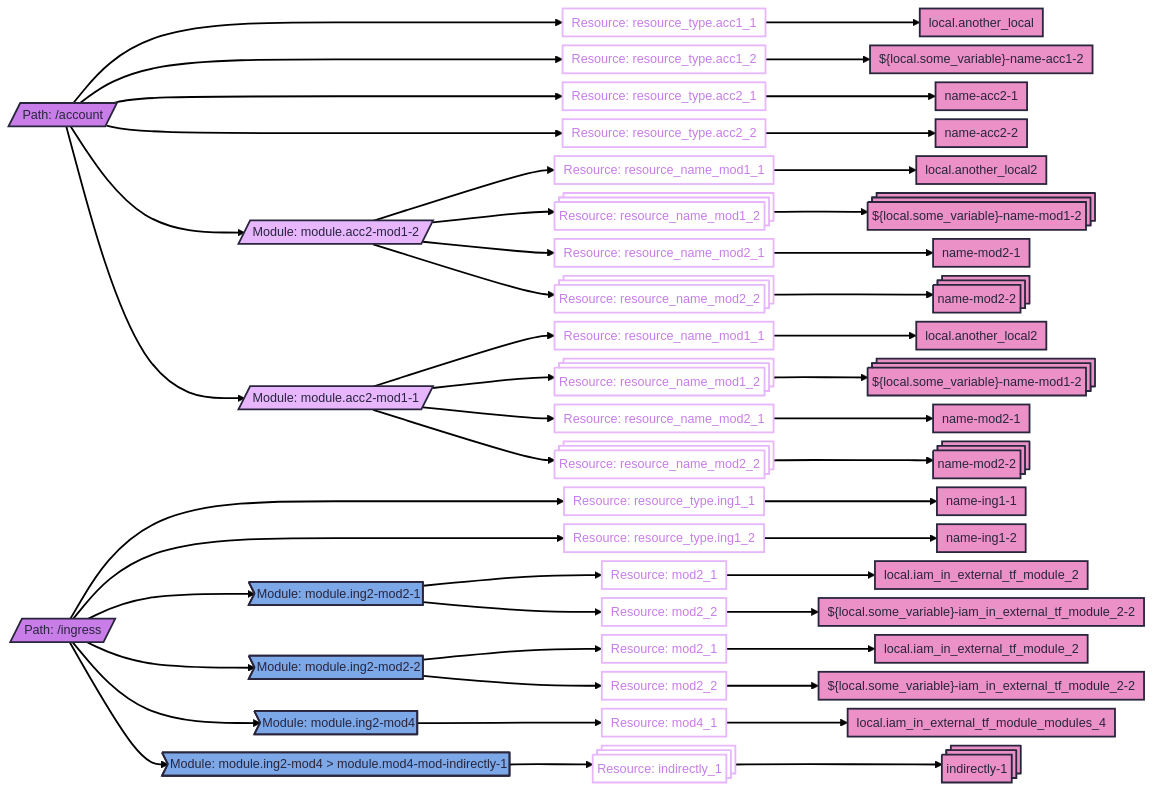
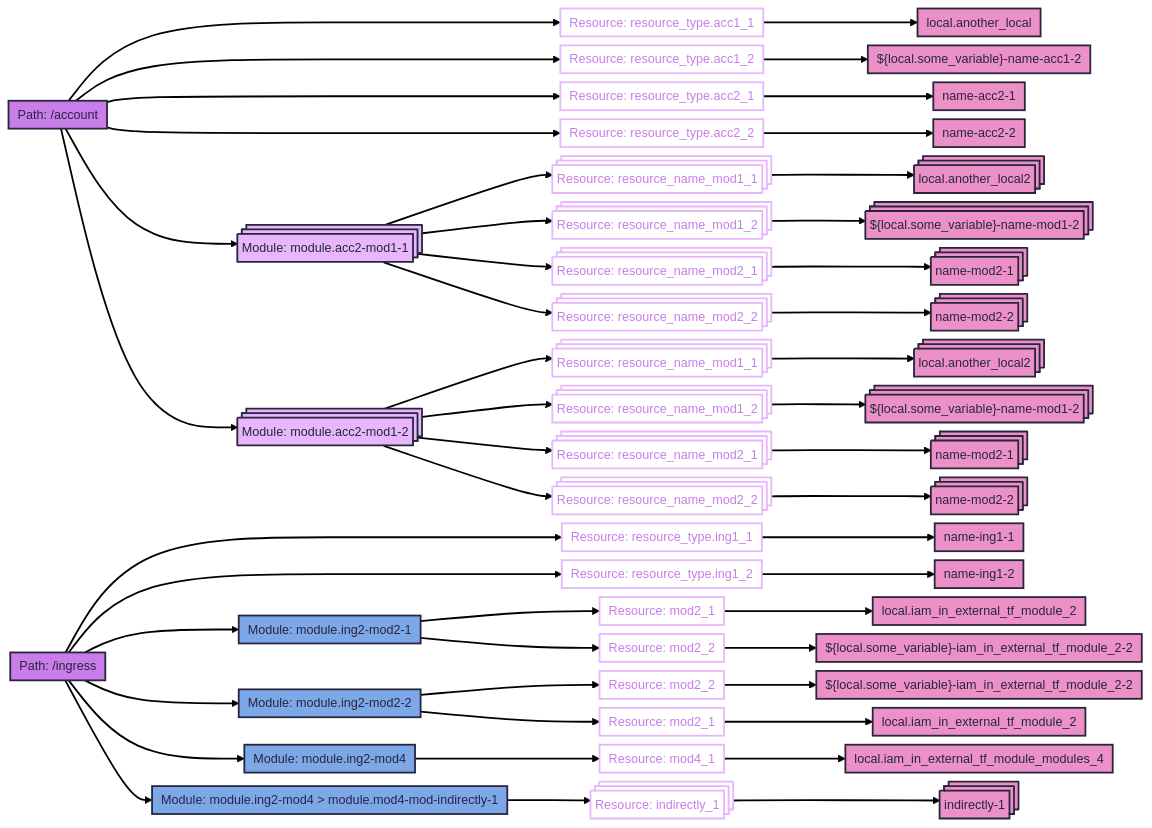
Before and after one commit to keenbytes/tfsketch: the diagram in output.mmd, drawn with Mermaid. The commit also changed 4 other files, not shown here.

```diff
--- a/output.mmd
+++ b/output.mmd
@@ -13,29 +13,29 @@
   classDef tf-int-mod fill:#e7b6fc
   classDef tf-ext-mod fill:#7da8e8
   classDef tf-resource-field-name fill:#eb91c7
-  account[/"Path: /account"/]:::tf-path ---> account___acc11["Resource: resource_type.acc1_1"]:::tf-resource-name --> account___acc11___FieldName["local.another_local"]:::tf-resource-field-name
-  account[/"Path: /account"/]:::tf-path ---> account___acc12["Resource: resource_type.acc1_2"]:::tf-resource-name --> account___acc12___FieldName["${local.some_variable}-name-acc1-2"]:::tf-resource-field-name
-  account[/"Path: /account"/]:::tf-path ---> account___acc21["Resource: resource_type.acc2_1"]:::tf-resource-name --> account___acc21___FieldName["name-acc2-1"]:::tf-resource-field-name
-  account[/"Path: /account"/]:::tf-path ---> account___acc22["Resource: resource_type.acc2_2"]:::tf-resource-name --> account___acc22___FieldName["name-acc2-2"]:::tf-resource-field-name
-  account[/"Path: /account"/]:::tf-path --> account___mod___accountmodulesmodule1___acc2mod12[/"Module: module.acc2-mod1-2"/]:::tf-int-mod
-  account___mod___accountmodulesmodule1___acc2mod12[/"Module: module.acc2-mod1-2"/]:::tf-int-mod --> account___mod___accountmodulesmodule1___acc2mod12___resourcenamemod11["Resource: resource_name_mod1_1"]:::tf-resource-name --> account___mod___accountmodulesmodule1___acc2mod12___resourcenamemod11___FieldName["local.another_local2"]:::tf-resource-field-name
-  account___mod___accountmodulesmodule1___acc2mod12[/"Module: module.acc2-mod1-2"/]:::tf-int-mod --> account___mod___accountmodulesmodule1___acc2mod12___resourcenamemod12["Resource: resource_name_mod1_2"]:::tf-resource-name@{ shape: procs } --> account___mod___accountmodulesmodule1___acc2mod12___resourcenamemod12___FieldName["${local.some_variable}-name-mod1-2"]:::tf-resource-field-name@{ shape: procs }
-  account___mod___accountmodulesmodule1___acc2mod12[/"Module: module.acc2-mod1-2"/]:::tf-int-mod --> account___mod___accountmodulesmodule1___acc2mod12___resourcenamemod21["Resource: resource_name_mod2_1"]:::tf-resource-name --> account___mod___accountmodulesmodule1___acc2mod12___resourcenamemod21___FieldName["name-mod2-1"]:::tf-resource-field-name
-  account___mod___accountmodulesmodule1___acc2mod12[/"Module: module.acc2-mod1-2"/]:::tf-int-mod --> account___mod___accountmodulesmodule1___acc2mod12___resourcenamemod22["Resource: resource_name_mod2_2"]:::tf-resource-name@{ shape: procs } --> account___mod___accountmodulesmodule1___acc2mod12___resourcenamemod22___FieldName["name-mod2-2"]:::tf-resource-field-name@{ shape: procs }
-  account[/"Path: /account"/]:::tf-path --> account___mod___accountmodulesmodule1___acc2mod11[/"Module: module.acc2-mod1-1"/]:::tf-int-mod
-  account___mod___accountmodulesmodule1___acc2mod11[/"Module: module.acc2-mod1-1"/]:::tf-int-mod --> account___mod___accountmodulesmodule1___acc2mod11___resourcenamemod11["Resource: resource_name_mod1_1"]:::tf-resource-name --> account___mod___accountmodulesmodule1___acc2mod11___resourcenamemod11___FieldName["local.another_local2"]:::tf-resource-field-name
-  account___mod___accountmodulesmodule1___acc2mod11[/"Module: module.acc2-mod1-1"/]:::tf-int-mod --> account___mod___accountmodulesmodule1___acc2mod11___resourcenamemod12["Resource: resource_name_mod1_2"]:::tf-resource-name@{ shape: procs } --> account___mod___accountmodulesmodule1___acc2mod11___resourcenamemod12___FieldName["${local.some_variable}-name-mod1-2"]:::tf-resource-field-name@{ shape: procs }
-  account___mod___accountmodulesmodule1___acc2mod11[/"Module: module.acc2-mod1-1"/]:::tf-int-mod --> account___mod___accountmodulesmodule1___acc2mod11___resourcenamemod21["Resource: resource_name_mod2_1"]:::tf-resource-name --> account___mod___accountmodulesmodule1___acc2mod11___resourcenamemod21___FieldName["name-mod2-1"]:::tf-resource-field-name
-  account___mod___accountmodulesmodule1___acc2mod11[/"Module: module.acc2-mod1-1"/]:::tf-int-mod --> account___mod___accountmodulesmodule1___acc2mod11___resourcenamemod22["Resource: resource_name_mod2_2"]:::tf-resource-name@{ shape: procs } --> account___mod___accountmodulesmodule1___acc2mod11___resourcenamemod22___FieldName["name-mod2-2"]:::tf-resource-field-name@{ shape: procs }
-  ingress[/"Path: /ingress"/]:::tf-path ---> ingress___ing11["Resource: resource_type.ing1_1"]:::tf-resource-name --> ingress___ing11___FieldName["name-ing1-1"]:::tf-resource-field-name
-  ingress[/"Path: /ingress"/]:::tf-path ---> ingress___ing12["Resource: resource_type.ing1_2"]:::tf-resource-name --> ingress___ing12___FieldName["name-ing1-2"]:::tf-resource-field-name
-  ingress[/"Path: /ingress"/]:::tf-path --> ingress___mod___root___ing2mod21>"Module: module.ing2-mod2-1"]:::tf-ext-mod
-  ingress___mod___root___ing2mod21>"Module: module.ing2-mod2-1"]:::tf-ext-mod --> ingress___mod___root___ing2mod21___mod21["Resource: mod2_1"]:::tf-resource-name --> ingress___mod___root___ing2mod21___mod21___FieldName["local.iam_in_external_tf_module_2"]:::tf-resource-field-name
-  ingress___mod___root___ing2mod21>"Module: module.ing2-mod2-1"]:::tf-ext-mod --> ingress___mod___root___ing2mod21___mod22["Resource: mod2_2"]:::tf-resource-name --> ingress___mod___root___ing2mod21___mod22___FieldName["${local.some_variable}-iam_in_external_tf_module_2-2"]:::tf-resource-field-name
-  ingress[/"Path: /ingress"/]:::tf-path --> ingress___mod___root___ing2mod22>"Module: module.ing2-mod2-2"]:::tf-ext-mod
-  ingress___mod___root___ing2mod22>"Module: module.ing2-mod2-2"]:::tf-ext-mod --> ingress___mod___root___ing2mod22___mod21["Resource: mod2_1"]:::tf-resource-name --> ingress___mod___root___ing2mod22___mod21___FieldName["local.iam_in_external_tf_module_2"]:::tf-resource-field-name
-  ingress___mod___root___ing2mod22>"Module: module.ing2-mod2-2"]:::tf-ext-mod --> ingress___mod___root___ing2mod22___mod22["Resource: mod2_2"]:::tf-resource-name --> ingress___mod___root___ing2mod22___mod22___FieldName["${local.some_variable}-iam_in_external_tf_module_2-2"]:::tf-resource-field-name
-  ingress[/"Path: /ingress"/]:::tf-path --> ingress___mod___root___ing2mod4>"Module: module.ing2-mod4"]:::tf-ext-mod
-  ingress___mod___root___ing2mod4>"Module: module.ing2-mod4"]:::tf-ext-mod --> ingress___mod___root___ing2mod4___mod41["Resource: mod4_1"]:::tf-resource-name --> ingress___mod___root___ing2mod4___mod41___FieldName["local.iam_in_external_tf_module_modules_4"]:::tf-resource-field-name
-  ingress[/"Path: /ingress"/]:::tf-path --> ingress___mod___root___ing2mod4___mod4modindirectly1>"Module: module.ing2-mod4 > module.mod4-mod-indirectly-1"]:::tf-ext-mod
-  ingress___mod___root___ing2mod4___mod4modindirectly1>"Module: module.ing2-mod4 > module.mod4-mod-indirectly-1"]:::tf-ext-mod --> ingress___mod___root___ing2mod4___mod4modindirectly1___indirectly1["Resource: indirectly_1"]:::tf-resource-name@{ shape: procs } --> ingress___mod___root___ing2mod4___mod4modindirectly1___indirectly1___FieldName["indirectly-1"]:::tf-resource-field-name@{ shape: procs }
+  account["Path: /account"]:::tf-path ---> account___acc11["Resource: resource_type.acc1_1"]:::tf-resource-name --> account___acc11___FieldName["local.another_local"]:::tf-resource-field-name
+  account["Path: /account"]:::tf-path ---> account___acc12["Resource: resource_type.acc1_2"]:::tf-resource-name --> account___acc12___FieldName["${local.some_variable}-name-acc1-2"]:::tf-resource-field-name
+  account["Path: /account"]:::tf-path ---> account___acc21["Resource: resource_type.acc2_1"]:::tf-resource-name --> account___acc21___FieldName["name-acc2-1"]:::tf-resource-field-name
+  account["Path: /account"]:::tf-path ---> account___acc22["Resource: resource_type.acc2_2"]:::tf-resource-name --> account___acc22___FieldName["name-acc2-2"]:::tf-resource-field-name
+  account["Path: /account"]:::tf-path --> account___mod___accountmodulesmodule1___acc2mod11["Module: module.acc2-mod1-1"]:::tf-int-mod@{ shape: procs }
+  account___mod___accountmodulesmodule1___acc2mod11["Module: module.acc2-mod1-1"]:::tf-int-mod@{ shape: procs } --> account___mod___accountmodulesmodule1___acc2mod11___resourcenamemod11["Resource: resource_name_mod1_1"]:::tf-resource-name@{ shape: procs } --> account___mod___accountmodulesmodule1___acc2mod11___resourcenamemod11___FieldName["local.another_local2"]:::tf-resource-field-name@{ shape: procs }
+  account___mod___accountmodulesmodule1___acc2mod11["Module: module.acc2-mod1-1"]:::tf-int-mod@{ shape: procs } --> account___mod___accountmodulesmodule1___acc2mod11___resourcenamemod12["Resource: resource_name_mod1_2"]:::tf-resource-name@{ shape: procs } --> account___mod___accountmodulesmodule1___acc2mod11___resourcenamemod12___FieldName["${local.some_variable}-name-mod1-2"]:::tf-resource-field-name@{ shape: procs }
+  account___mod___accountmodulesmodule1___acc2mod11["Module: module.acc2-mod1-1"]:::tf-int-mod@{ shape: procs } --> account___mod___accountmodulesmodule1___acc2mod11___resourcenamemod21["Resource: resource_name_mod2_1"]:::tf-resource-name@{ shape: procs } --> account___mod___accountmodulesmodule1___acc2mod11___resourcenamemod21___FieldName["name-mod2-1"]:::tf-resource-field-name@{ shape: procs }
+  account___mod___accountmodulesmodule1___acc2mod11["Module: module.acc2-mod1-1"]:::tf-int-mod@{ shape: procs } --> account___mod___accountmodulesmodule1___acc2mod11___resourcenamemod22["Resource: resource_name_mod2_2"]:::tf-resource-name@{ shape: procs } --> account___mod___accountmodulesmodule1___acc2mod11___resourcenamemod22___FieldName["name-mod2-2"]:::tf-resource-field-name@{ shape: procs }
+  account["Path: /account"]:::tf-path --> account___mod___accountmodulesmodule1___acc2mod12["Module: module.acc2-mod1-2"]:::tf-int-mod@{ shape: procs }
+  account___mod___accountmodulesmodule1___acc2mod12["Module: module.acc2-mod1-2"]:::tf-int-mod@{ shape: procs } --> account___mod___accountmodulesmodule1___acc2mod12___resourcenamemod11["Resource: resource_name_mod1_1"]:::tf-resource-name@{ shape: procs } --> account___mod___accountmodulesmodule1___acc2mod12___resourcenamemod11___FieldName["local.another_local2"]:::tf-resource-field-name@{ shape: procs }
+  account___mod___accountmodulesmodule1___acc2mod12["Module: module.acc2-mod1-2"]:::tf-int-mod@{ shape: procs } --> account___mod___accountmodulesmodule1___acc2mod12___resourcenamemod12["Resource: resource_name_mod1_2"]:::tf-resource-name@{ shape: procs } --> account___mod___accountmodulesmodule1___acc2mod12___resourcenamemod12___FieldName["${local.some_variable}-name-mod1-2"]:::tf-resource-field-name@{ shape: procs }
+  account___mod___accountmodulesmodule1___acc2mod12["Module: module.acc2-mod1-2"]:::tf-int-mod@{ shape: procs } --> account___mod___accountmodulesmodule1___acc2mod12___resourcenamemod21["Resource: resource_name_mod2_1"]:::tf-resource-name@{ shape: procs } --> account___mod___accountmodulesmodule1___acc2mod12___resourcenamemod21___FieldName["name-mod2-1"]:::tf-resource-field-name@{ shape: procs }
+  account___mod___accountmodulesmodule1___acc2mod12["Module: module.acc2-mod1-2"]:::tf-int-mod@{ shape: procs } --> account___mod___accountmodulesmodule1___acc2mod12___resourcenamemod22["Resource: resource_name_mod2_2"]:::tf-resource-name@{ shape: procs } --> account___mod___accountmodulesmodule1___acc2mod12___resourcenamemod22___FieldName["name-mod2-2"]:::tf-resource-field-name@{ shape: procs }
+  ingress["Path: /ingress"]:::tf-path ---> ingress___ing11["Resource: resource_type.ing1_1"]:::tf-resource-name --> ingress___ing11___FieldName["name-ing1-1"]:::tf-resource-field-name
+  ingress["Path: /ingress"]:::tf-path ---> ingress___ing12["Resource: resource_type.ing1_2"]:::tf-resource-name --> ingress___ing12___FieldName["name-ing1-2"]:::tf-resource-field-name
+  ingress["Path: /ingress"]:::tf-path --> ingress___mod___root___ing2mod21["Module: module.ing2-mod2-1"]:::tf-ext-mod
+  ingress___mod___root___ing2mod21["Module: module.ing2-mod2-1"]:::tf-ext-mod --> ingress___mod___root___ing2mod21___mod21["Resource: mod2_1"]:::tf-resource-name --> ingress___mod___root___ing2mod21___mod21___FieldName["local.iam_in_external_tf_module_2"]:::tf-resource-field-name
+  ingress___mod___root___ing2mod21["Module: module.ing2-mod2-1"]:::tf-ext-mod --> ingress___mod___root___ing2mod21___mod22["Resource: mod2_2"]:::tf-resource-name --> ingress___mod___root___ing2mod21___mod22___FieldName["${local.some_variable}-iam_in_external_tf_module_2-2"]:::tf-resource-field-name
+  ingress["Path: /ingress"]:::tf-path --> ingress___mod___root___ing2mod22["Module: module.ing2-mod2-2"]:::tf-ext-mod
+  ingress___mod___root___ing2mod22["Module: module.ing2-mod2-2"]:::tf-ext-mod --> ingress___mod___root___ing2mod22___mod22["Resource: mod2_2"]:::tf-resource-name --> ingress___mod___root___ing2mod22___mod22___FieldName["${local.some_variable}-iam_in_external_tf_module_2-2"]:::tf-resource-field-name
+  ingress___mod___root___ing2mod22["Module: module.ing2-mod2-2"]:::tf-ext-mod --> ingress___mod___root___ing2mod22___mod21["Resource: mod2_1"]:::tf-resource-name --> ingress___mod___root___ing2mod22___mod21___FieldName["local.iam_in_external_tf_module_2"]:::tf-resource-field-name
+  ingress["Path: /ingress"]:::tf-path --> ingress___mod___root___ing2mod4["Module: module.ing2-mod4"]:::tf-ext-mod
+  ingress___mod___root___ing2mod4["Module: module.ing2-mod4"]:::tf-ext-mod --> ingress___mod___root___ing2mod4___mod41["Resource: mod4_1"]:::tf-resource-name --> ingress___mod___root___ing2mod4___mod41___FieldName["local.iam_in_external_tf_module_modules_4"]:::tf-resource-field-name
+  ingress["Path: /ingress"]:::tf-path --> ingress___mod___root___ing2mod4___mod4modindirectly1["Module: module.ing2-mod4 > module.mod4-mod-indirectly-1"]:::tf-ext-mod
+  ingress___mod___root___ing2mod4___mod4modindirectly1["Module: module.ing2-mod4 > module.mod4-mod-indirectly-1"]:::tf-ext-mod --> ingress___mod___root___ing2mod4___mod4modindirectly1___indirectly1["Resource: indirectly_1"]:::tf-resource-name@{ shape: procs } --> ingress___mod___root___ing2mod4___mod4modindirectly1___indirectly1___FieldName["indirectly-1"]:::tf-resource-field-name@{ shape: procs }
```
